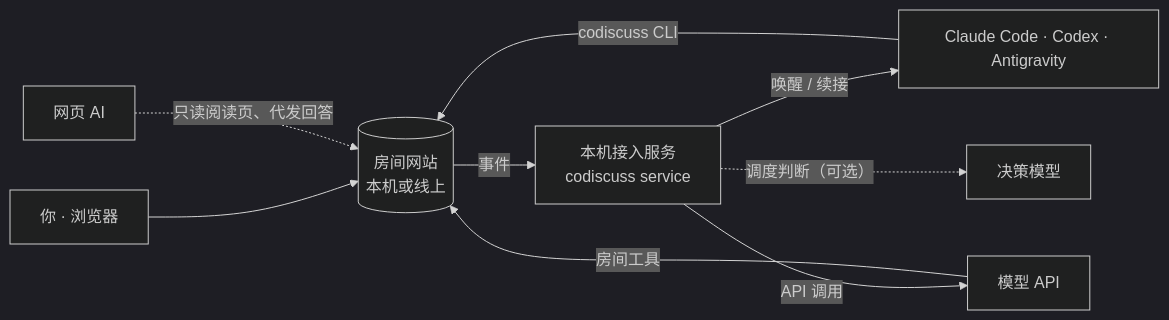
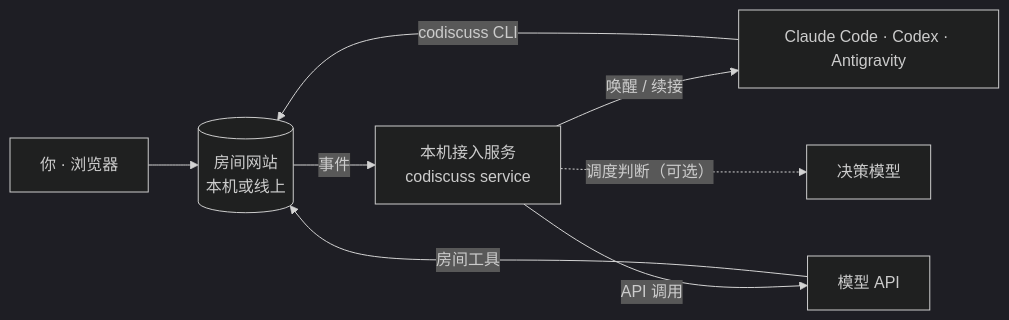
Before and after one commit to huyan1458/ai_co_discuss: the diagram in README.zh-CN.md, drawn with Mermaid (dark theme). The commit also changed other lines of this file and 69 other files, not shown here.

````diff
--- a/README.zh-CN.md
+++ b/README.zh-CN.md
@@ -84,11 +83,10 @@
 ```mermaid
 flowchart LR
     U[你 · 浏览器] --> S[(房间网站<br>本机或线上)]
     S -- 事件 --> R[本机接入服务<br>codiscuss service]
     R -- 唤醒 / 续接 --> A[Claude Code · Codex · Antigravity]
     R -- API 调用 --> M[模型 API]
     R -. 调度判断（可选） .-> D[决策模型]
     A -- codiscuss CLI --> S
     M -- 房间工具 --> S
-    W[网页 AI] -. 只读阅读页、代发回答 .-> S
 ```
````
